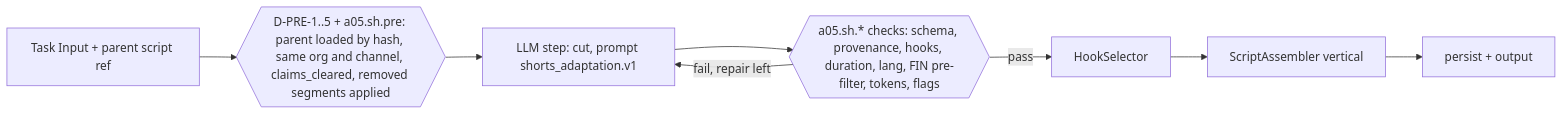
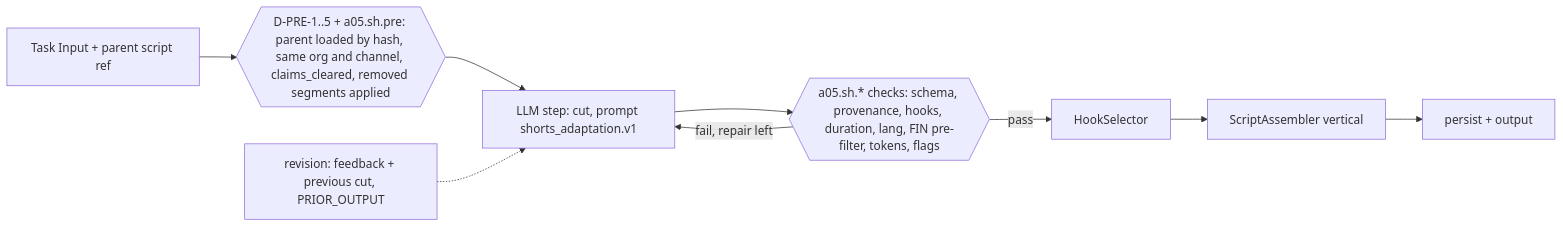
The second of 3 diagrams in docs/v4/agents/agent_05_scriptwriter.md (abhiwasu007-a11y/Media), drawn with Mermaid before and after one commit. The commit also changed other lines of this file and 1 other file, not shown here.

First line of the commit message:
docs(v4): agent 05 blueprint follows merged contracts (names, schemas, revision mapping, repair policy, hand-offs, tests, acceptance)

````diff
--- a/docs/v4/agents/agent_05_scriptwriter.md
+++ b/docs/v4/agents/agent_05_scriptwriter.md
@@ -147,8 +148,9 @@
 ```mermaid
 flowchart LR
   I[Task Input + parent script ref] --> Q{{D-PRE-1..5 + a05.sh.pre: parent loaded by hash, same org and channel, claims_cleared, removed segments applied}}
   Q --> L[LLM step: cut, prompt shorts_adaptation.v1]
   L --> K{{a05.sh.* checks: schema, provenance, hooks, duration, lang, FIN pre-filter, tokens, flags}}
   K -- fail, repair left --> L
   K -- pass --> HS[HookSelector] --> A[ScriptAssembler vertical] --> P[persist + output]
+  RV[revision: feedback + previous cut, PRIOR_OUTPUT] -.-> L
 ```
````
